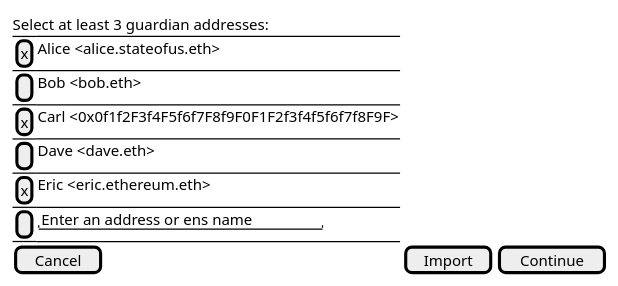
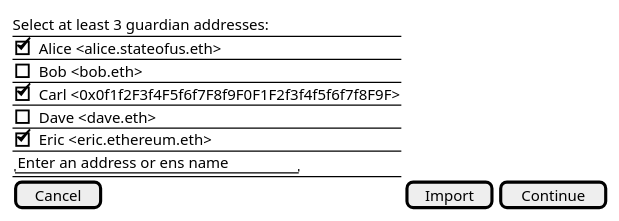
One commit to ethereum/EIPs changed the sixth of 15 diagrams in EIPS/eip-2429.md. Above: the diagram before and after it, drawn with PlantUML. The commit also changed other lines of this file, not shown here.

````diff
--- a/EIPS/eip-2429.md
+++ b/EIPS/eip-2429.md
@@ -314,16 +178,16 @@
 ```plantuml
 @startsalt
 {
     Select at least 3 guardian addresses: 
     {-
-        [x] | Alice <alice.stateofus.eth> 
-        [ ] | Bob <bob.eth>
-        [x] | Carl <0x0f1f2F3f4F5f6f7F8f9F0F1F2f3f4f5f6f7f8F9F>
-        [ ] | Dave <dave.eth>
-        [x] | Eric <eric.ethereum.eth> 
-        [ ] | "Enter an address or ens name" 
+        [X] Alice <alice.stateofus.eth> 
+        [] Bob <bob.eth>
+        [X] Carl <0x0f1f2F3f4F5f6f7F8f9F0F1F2f3f4f5f6f7f8F9F>
+        [] Dave <dave.eth>
+        [X] Eric <eric.ethereum.eth> 
+        "Enter an address or ens name" 
     }
     [ Cancel ] | [ Import ] | [ Continue ]
 }
 @endsalt
 ```
````
